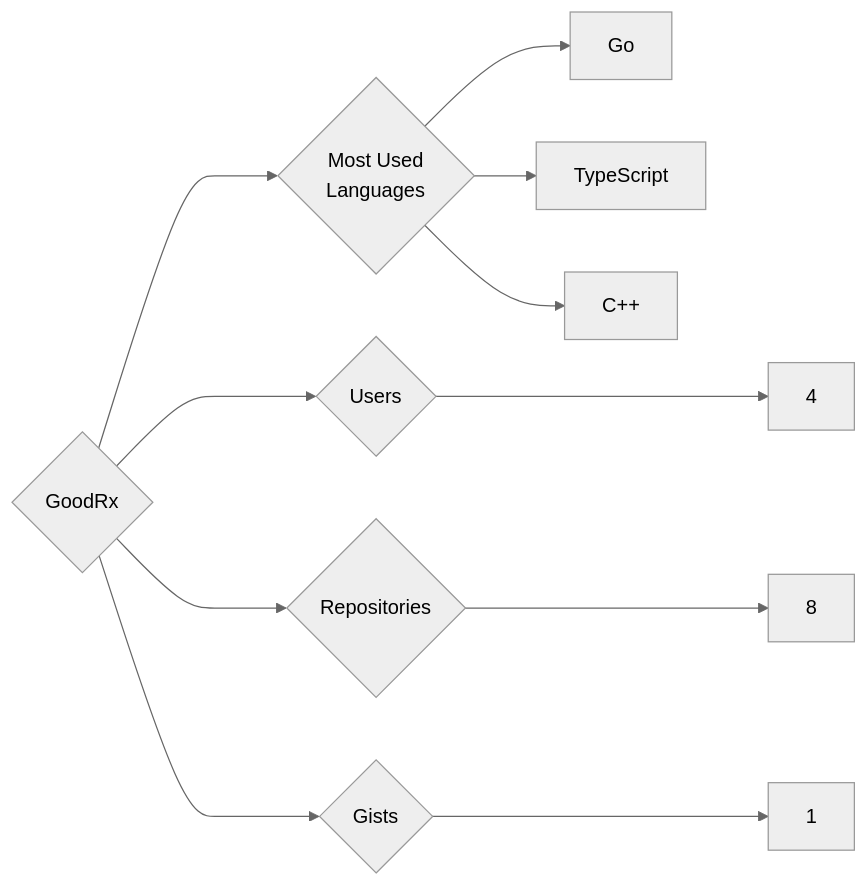
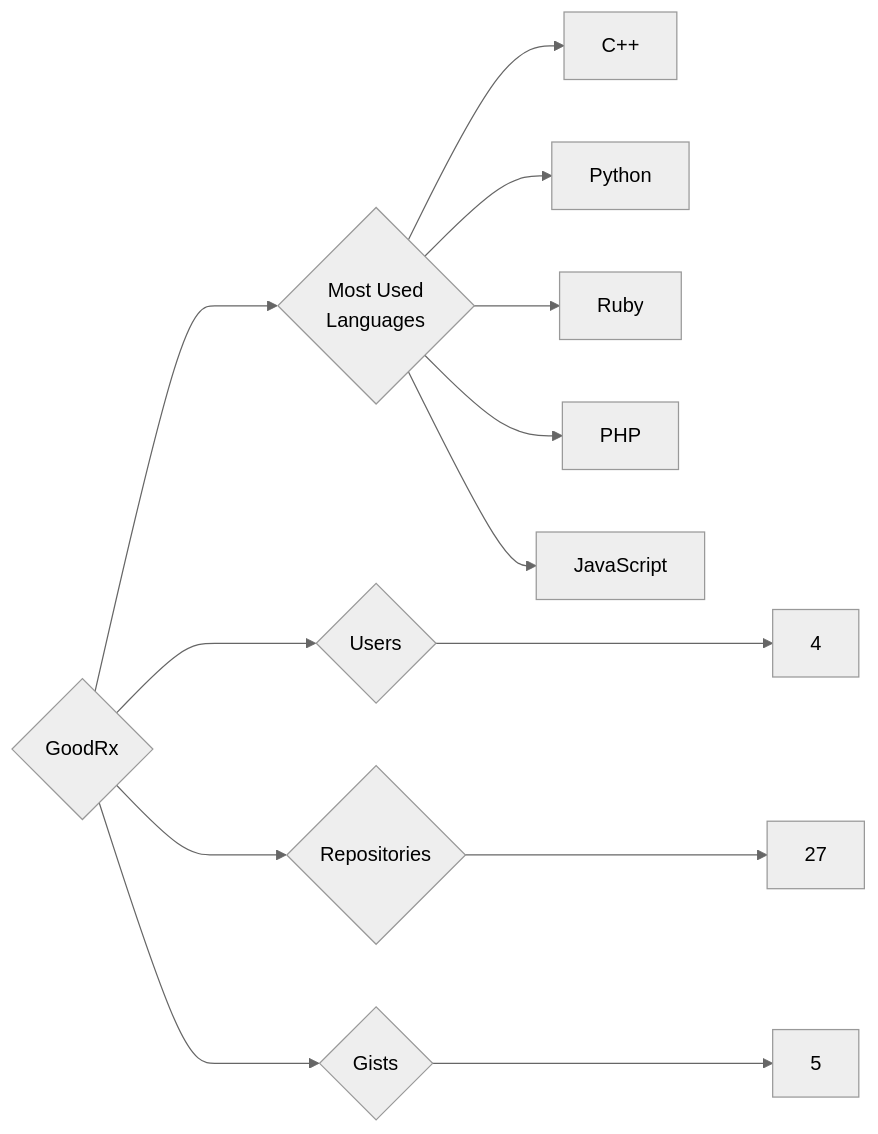
Before and after one commit to trickest/insiders: the diagram in targets/GoodRx/README.md, drawn with Mermaid (neutral theme). The commit also changed 1092 other files, not shown here.

````diff
--- a/targets/GoodRx/README.md
+++ b/targets/GoodRx/README.md
@@ -3,11 +3,13 @@
 ```mermaid
 graph LR
 COMPANY_NAME{GoodRx}
 COMPANY_NAME ---> U{Users} ---> UN[4]
-COMPANY_NAME ---> R{Repositories} ---> RN[8]
-COMPANY_NAME ---> G{Gists} ---> GN[1]
+COMPANY_NAME ---> R{Repositories} ---> RN[27]
+COMPANY_NAME ---> G{Gists} ---> GN[5]
 COMPANY_NAME ---> ML{Most Used<br>Languages}
-ML --> Go[Go]
-ML --> TypeScript[TypeScript]
 ML --> C++[C++]
+ML --> Python[Python]
+ML --> Ruby[Ruby]
+ML --> PHP[PHP]
+ML --> JavaScript[JavaScript]
 ```
````
